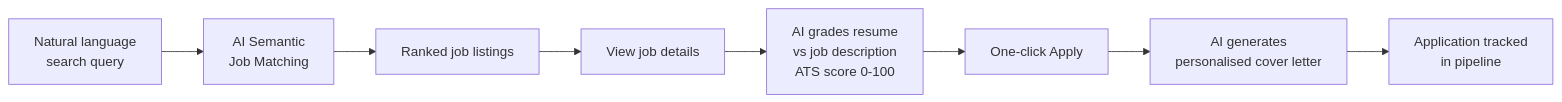
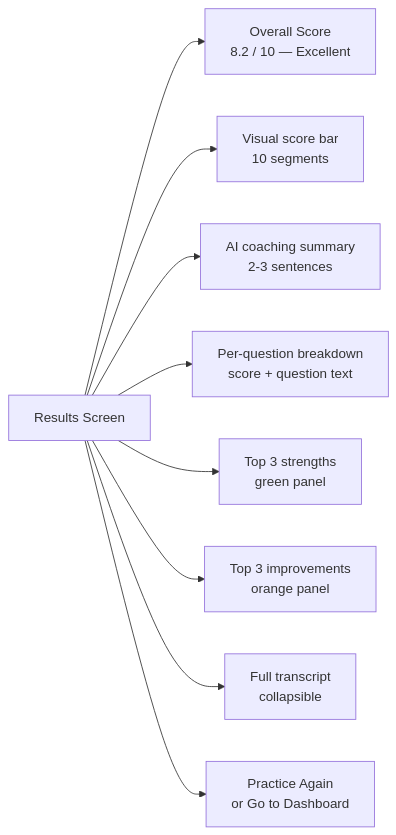
One commit to Sree8778/CareerCraft changed the tenth of 21 diagrams in README.md. Above: the diagram before and after it, drawn with Mermaid. The commit also changed other lines of this file, not shown here.

First line of the commit message:
docs: expand README with detailed workflows, API reference, and architecture diagrams

````diff
--- a/README.md
+++ b/README.md
@@ -200,10 +478,11 @@
 ```mermaid
-flowchart LR
-    Query[Natural language\nsearch query] --> Semantic[AI Semantic\nJob Matching]
-    Semantic --> Results[Ranked job listings]
-    Results --> JD[View job details]
-    JD --> Grade[AI grades resume\nvs job description\nATS score 0-100]
-    Grade --> Apply[One-click Apply]
-    Apply --> CoverLetter[AI generates\npersonalised cover letter]
-    CoverLetter --> Track[Application tracked\nin pipeline]
+graph LR
+    Results[Results Screen] --> Score[Overall Score\n8.2 / 10 — Excellent]
+    Results --> Bar[Visual score bar\n10 segments]
+    Results --> Summary[AI coaching summary\n2-3 sentences]
+    Results --> PerQ[Per-question breakdown\nscore + question text]
+    Results --> Strengths[Top 3 strengths\ngreen panel]
+    Results --> Improve[Top 3 improvements\norange panel]
+    Results --> Transcript[Full transcript\ncollapsible]
+    Results --> Actions[Practice Again\nor Go to Dashboard]
 ```
````
